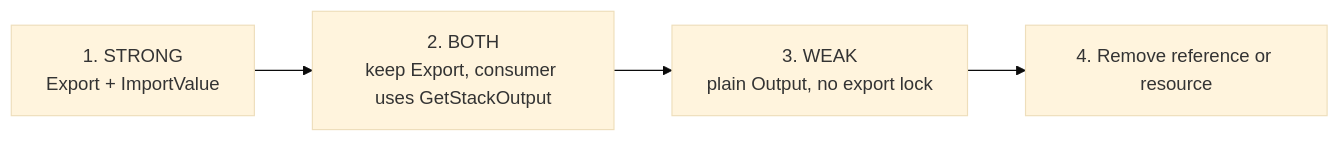
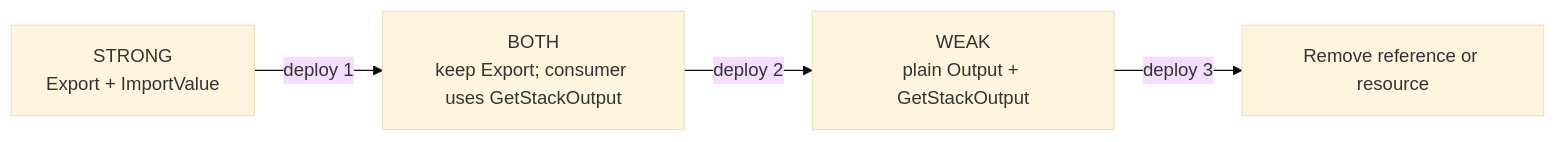
Before and after one commit to proton0210/aws-cdk-cyclic-dependency-patterns: the second of 2 diagrams in lib/export-deadlock/README.md, drawn with Mermaid (base theme). The commit also changed other lines of this file and 15 other files, not shown here.

````diff
--- a/lib/export-deadlock/README.md
+++ b/lib/export-deadlock/README.md
@@ -23,8 +57,8 @@
 ```mermaid
 flowchart LR
-  Strong[1. STRONG<br/>Export + ImportValue]
-  Both[2. BOTH<br/>keep Export, consumer uses GetStackOutput]
-  Weak[3. WEAK<br/>plain Output, no export lock]
-  Remove[4. Remove reference or resource]
-  Strong --> Both --> Weak --> Remove
+  Strong[STRONG<br/>Export + ImportValue]
+  Both[BOTH<br/>keep Export; consumer uses GetStackOutput]
+  Weak[WEAK<br/>plain Output + GetStackOutput]
+  Remove[Remove reference or resource]
+  Strong -->|deploy 1| Both -->|deploy 2| Weak -->|deploy 3| Remove
 ```
````
